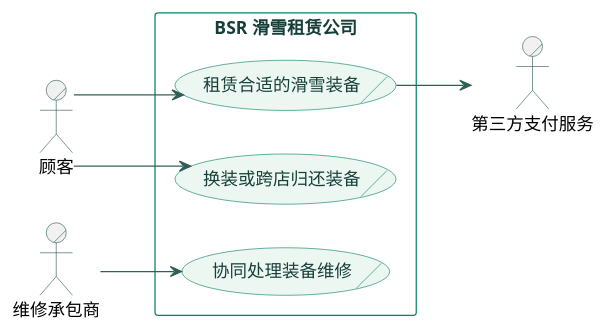
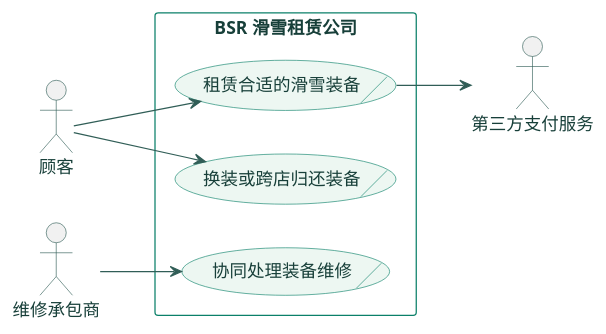
One commit to hzzdegmail-ops/BSR-ski-rental-system changed the diagram in docs/source/diagrams/A2.puml. Above: the diagram before and after it, drawn with PlantUML. The commit also changed 27 other files, not shown here.

```diff
--- a/docs/source/diagrams/A2.puml
+++ b/docs/source/diagrams/A2.puml
@@ -1,38 +1,38 @@
 @startuml
-skinparam linetype ortho
 left to right direction
 
 skinparam defaultFontName Microsoft YaHei
 skinparam shadowing false
 skinparam backgroundColor white
 skinparam ArrowColor #315E57
 skinparam ActorBorderColor #315E57
 skinparam ActorFontColor #173F39
 skinparam UsecaseBorderColor #0B8069
 skinparam UsecaseBackgroundColor #EDF7F2
 skinparam UsecaseFontColor #173F39
 skinparam RectangleBorderColor #0B8069
 skinparam RectangleFontColor #173F39
 skinparam packageStyle rectangle
+skinparam linetype polyline
 skinparam ranksep 60
 skinparam nodesep 35
 
 together {
-  actor/ "顾客" as Customer
-  actor/ "维修承包商" as Repairer
+  actor "顾客" as Customer
+  actor "维修承包商" as Repairer
 }
 
 rectangle "BSR 滑雪租赁公司" as BSR {
   usecase/ "租赁合适的滑雪装备" as UC_Rent
   usecase/ "换装或跨店归还装备" as UC_Return
   usecase/ "协同处理装备维修" as UC_Repair
 }
 
-actor/ "第三方支付服务" as Payment
+actor "第三方支付服务" as Payment
 
 Customer --> UC_Rent
 Customer --> UC_Return
 Repairer --> UC_Repair
 UC_Rent --> Payment
 
 @enduml
```
